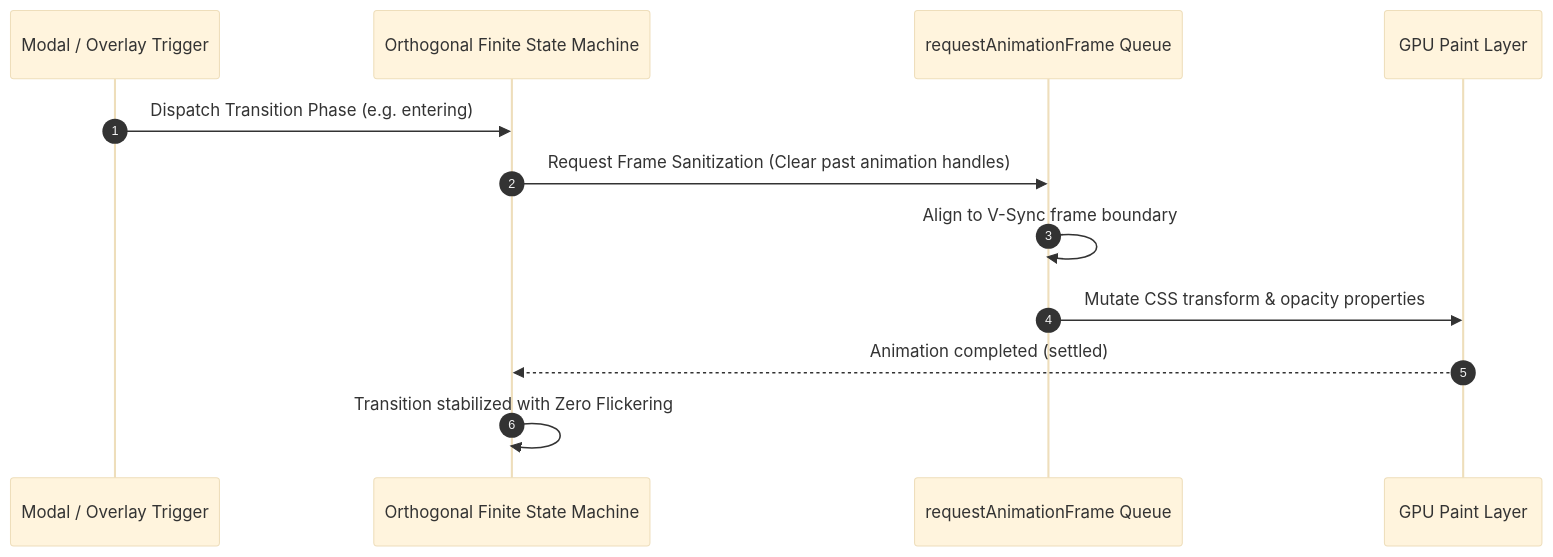
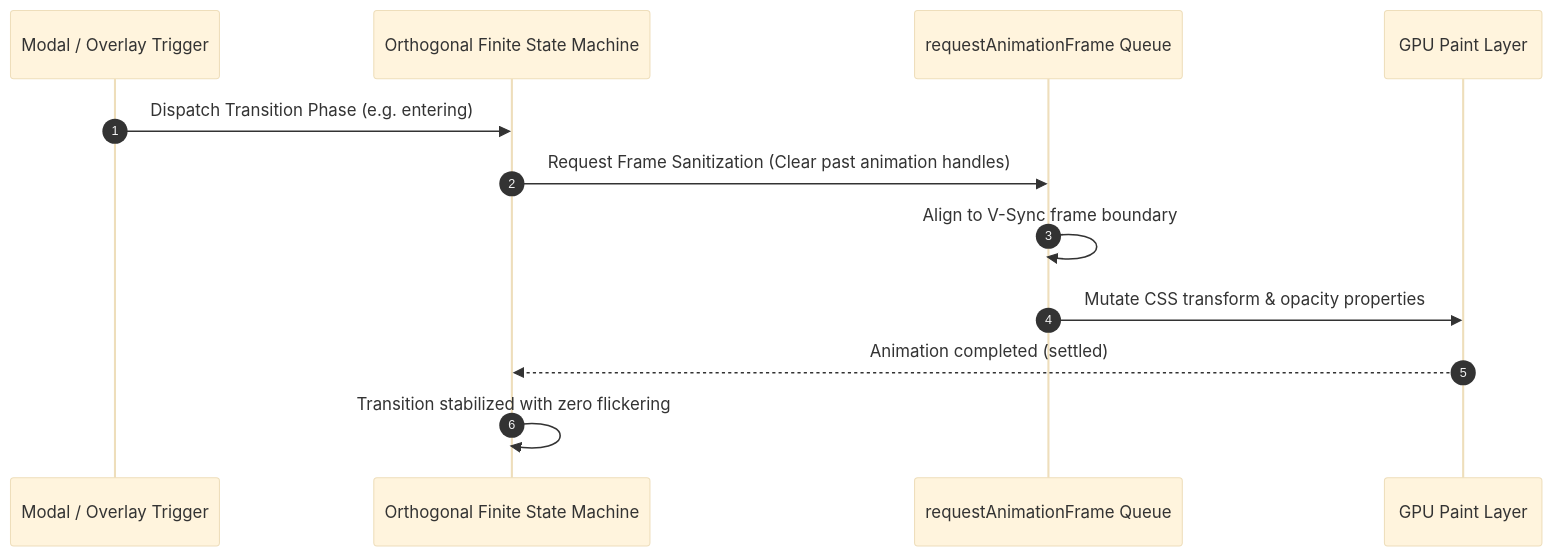
The third of 6 diagrams in 04-application/scnehaux-ui-platform/scnehaux-ui-platform.sad.md (anshacerbia2/scnehaux-architecture), drawn with Mermaid (base theme) before and after one commit. The commit also changed other lines of this file and 63 other files, not shown here.

````diff
--- a/04-application/scnehaux-ui-platform/scnehaux-ui-platform.sad.md
+++ b/04-application/scnehaux-ui-platform/scnehaux-ui-platform.sad.md
@@ -134,15 +123,15 @@
 ```mermaid
 sequenceDiagram
     autonumber
     participant Trigger as Modal / Overlay Trigger
     participant OFSM as Orthogonal Finite State Machine
     participant RAF as requestAnimationFrame Queue
     participant GPU as GPU Paint Layer
-    
+
     Trigger->>OFSM: Dispatch Transition Phase (e.g. entering)
     OFSM->>RAF: Request Frame Sanitization (Clear past animation handles)
     RAF->>RAF: Align to V-Sync frame boundary
     RAF->>GPU: Mutate CSS transform & opacity properties
     GPU-->>OFSM: Animation completed (settled)
-    OFSM->>OFSM: Transition stabilized with Zero Flickering
+    OFSM->>OFSM: Transition stabilized with zero flickering
 ```
````
